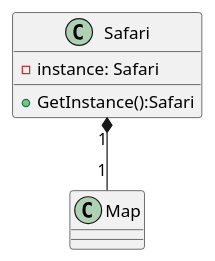
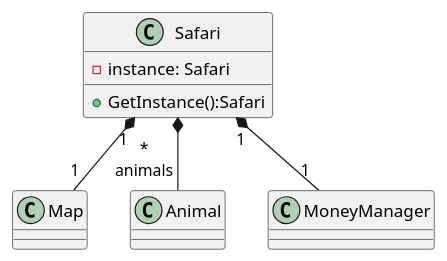
One commit to Peter-Balint/SafariGame changed the diagram in class-diagram/model/safari-model.plantuml. Above: the diagram before and after it, drawn with PlantUML. The commit also changed 2 other files, not shown here.

```diff
--- a/class-diagram/model/safari-model.plantuml
+++ b/class-diagram/model/safari-model.plantuml
@@ -1,10 +1,12 @@
 @startuml
 
 class Safari{
     -instance: Safari
     +GetInstance():Safari
 
 }
 
 Safari "1" *-- "1" Map
+Safari  *-- "*\nanimals" Animal
+Safari "1" *-- "1" MoneyManager
 @enduml
```
